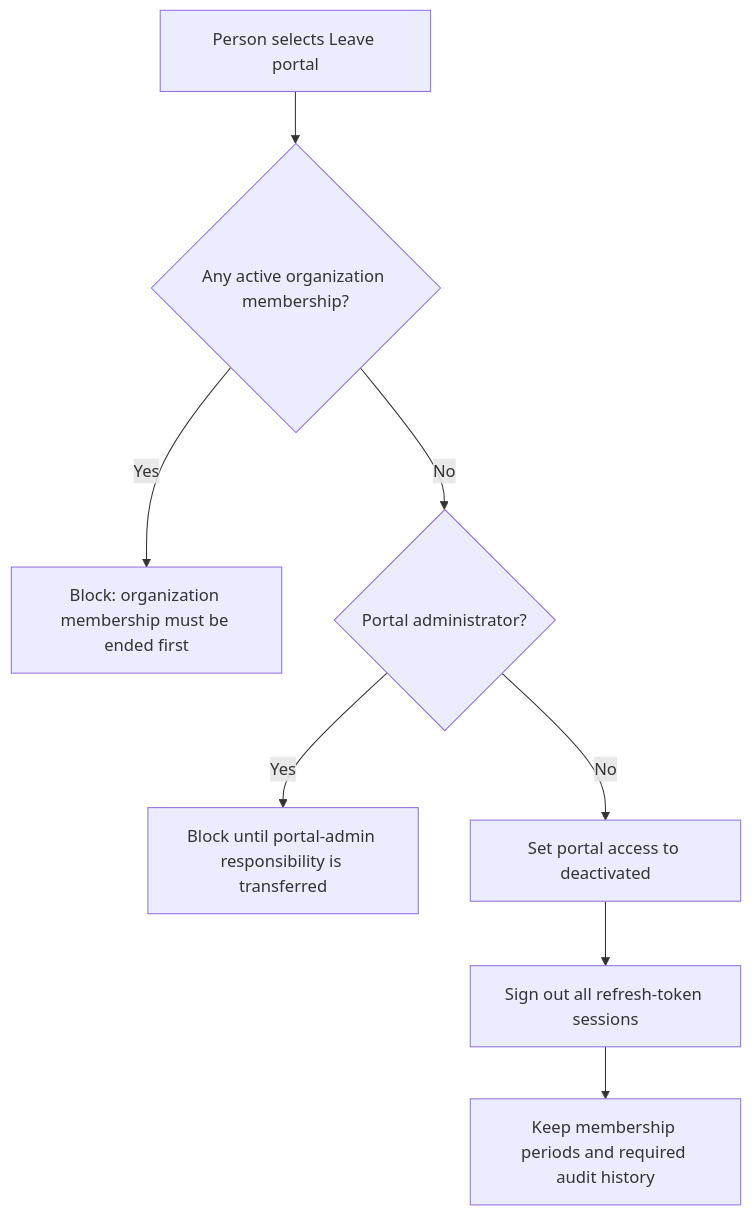
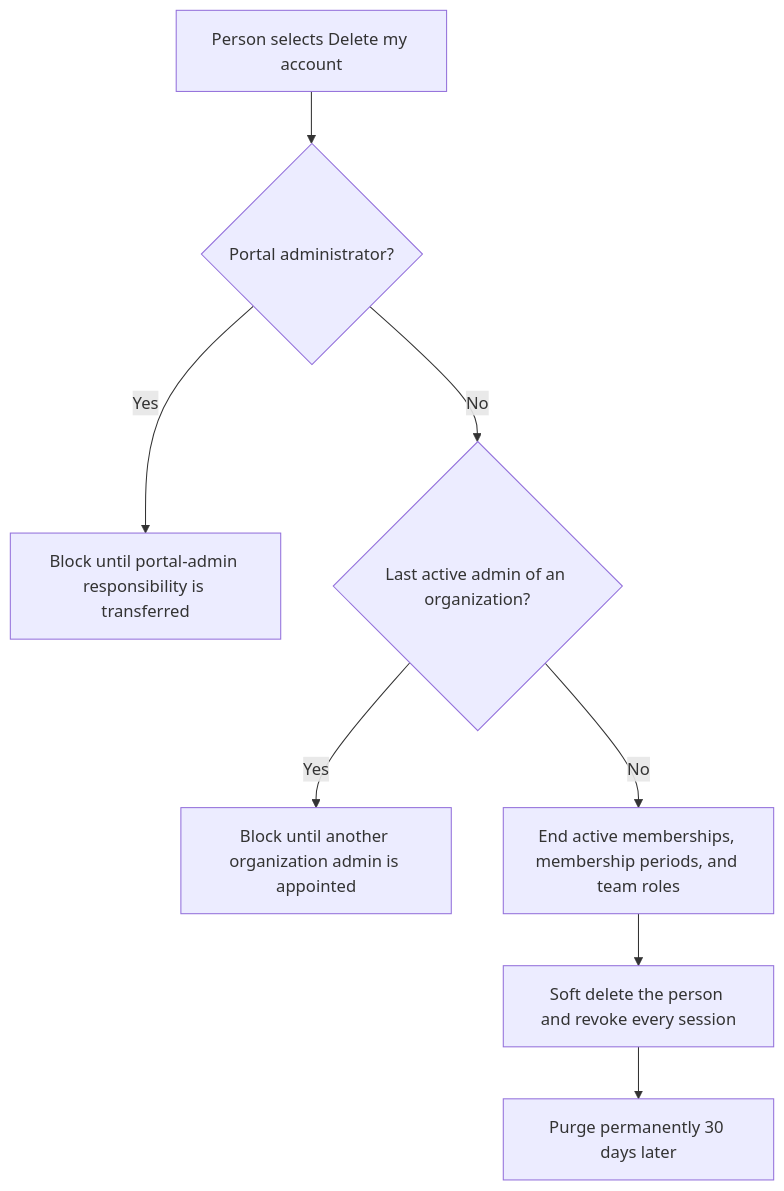
One commit to NORSTEC/intranet changed the sixth of 7 diagrams in docs/membership-lifecycle.md. Above: the diagram before and after it, drawn with Mermaid. The commit also changed other lines of this file and 53 other files, not shown here.

Commit message:
feat: update portal branding to NORSTEC, enhance account deletion process, and implement access request withdrawal functionality

````diff
--- a/docs/membership-lifecycle.md
+++ b/docs/membership-lifecycle.md
@@ -126,10 +130,10 @@
 ```mermaid
 flowchart TD
-    A["Person selects Leave portal"] --> B{"Any active organization membership?"}
-    B -- Yes --> C["Block: organization membership must be ended first"]
-    B -- No --> D{"Portal administrator?"}
-    D -- Yes --> E["Block until portal-admin responsibility is transferred"]
-    D -- No --> F["Set portal access to deactivated"]
-    F --> G["Sign out all refresh-token sessions"]
-    G --> H["Keep membership periods and required audit history"]
+    A["Person selects Delete my account"] --> B{"Portal administrator?"}
+    B -- Yes --> C["Block until portal-admin responsibility is transferred"]
+    B -- No --> D{"Last active admin of an organization?"}
+    D -- Yes --> E["Block until another organization admin is appointed"]
+    D -- No --> F["End active memberships, membership periods, and team roles"]
+    F --> G["Soft delete the person and revoke every session"]
+    G --> H["Purge permanently 30 days later"]
 ```
````
